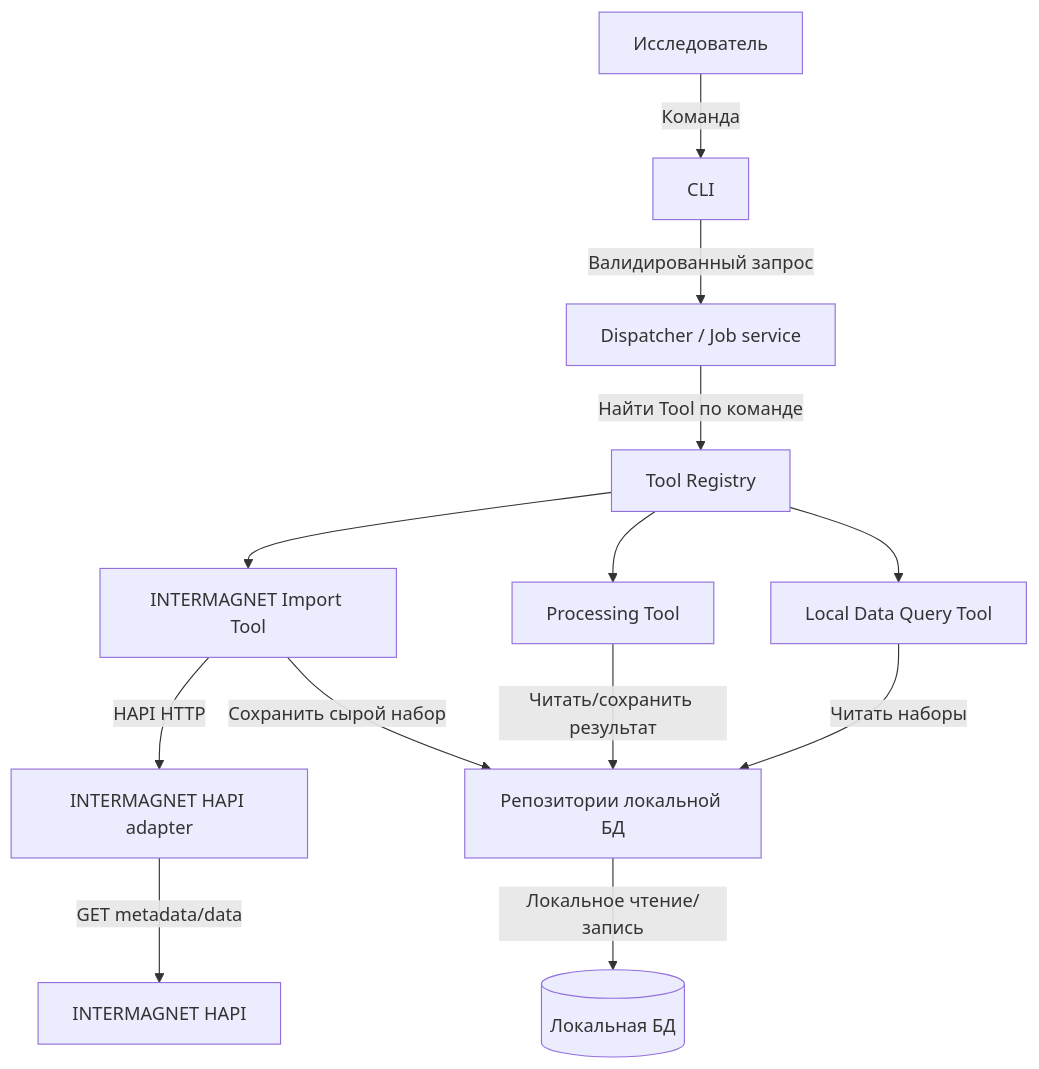
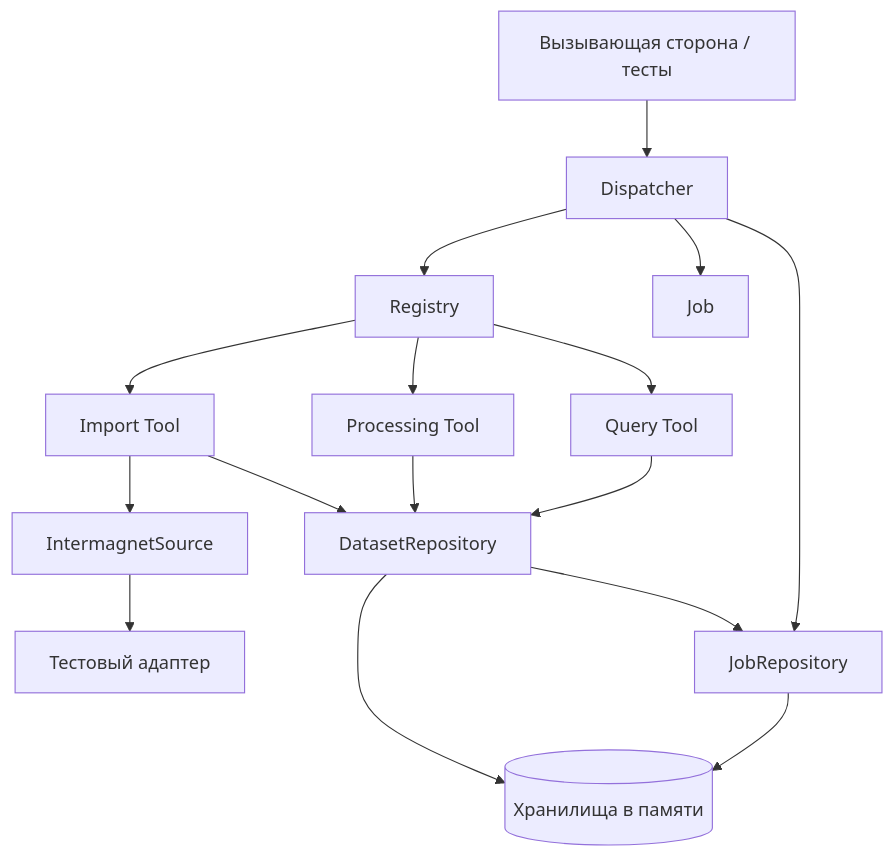
The second of 4 diagrams in docs/architecture.md (NaVi-4oK/team-amd), drawn with Mermaid before and after one commit. The commit also changed other lines of this file and 6 other files, not shown here.

````diff
--- a/docs/architecture.md
+++ b/docs/architecture.md
@@ -31,15 +56,22 @@
 ```mermaid
 flowchart TB
-    user["Исследователь"] -->|"Команда"| cli["CLI"]
-    cli -->|"Валидированный запрос"| dispatcher["Dispatcher / Job service"]
-    dispatcher -->|"Найти Tool по команде"| registry["Tool Registry"]
-    registry --> importtool["INTERMAGNET Import Tool"]
+    caller["Вызывающая сторона / тесты"] --> dispatcher["Dispatcher"]
+    dispatcher --> registry["Registry"]
+    dispatcher --> job["Job"]
+    dispatcher --> jobs["JobRepository"]
+
+    registry --> importtool["Import Tool"]
     registry --> processtool["Processing Tool"]
-    registry --> querytool["Local Data Query Tool"]
-    importtool -->|"HAPI HTTP"| adapter["INTERMAGNET HAPI adapter"]
-    adapter -->|"GET metadata/data"| external["INTERMAGNET HAPI"]
-    importtool -->|"Сохранить сырой набор"| repository["Репозитории локальной БД"]
-    processtool -->|"Читать/сохранить результат"| repository
-    querytool -->|"Читать наборы"| repository
-    repository -->|"Локальное чтение/запись"| db[("Локальная БД")]
+    registry --> querytool["Query Tool"]
+
+    importtool --> source["IntermagnetSource"]
+    source --> fake["Тестовый адаптер"]
+
+    importtool --> datasets["DatasetRepository"]
+    processtool --> datasets
+    querytool --> datasets
+
+    jobs --> memory[("Хранилища в памяти")]
+    datasets --> memory
+    datasets --> jobs
 ```
````
